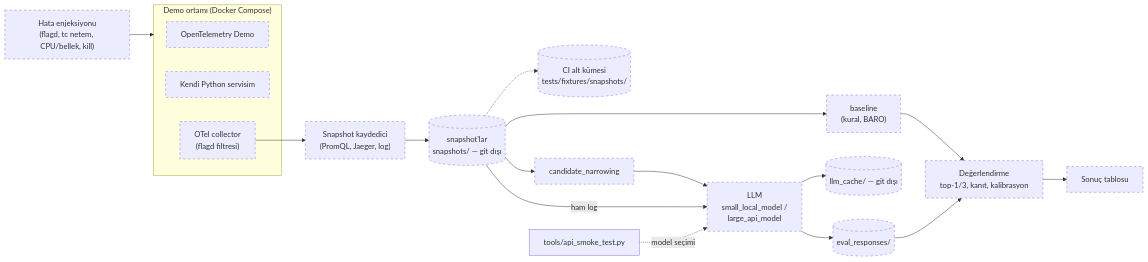
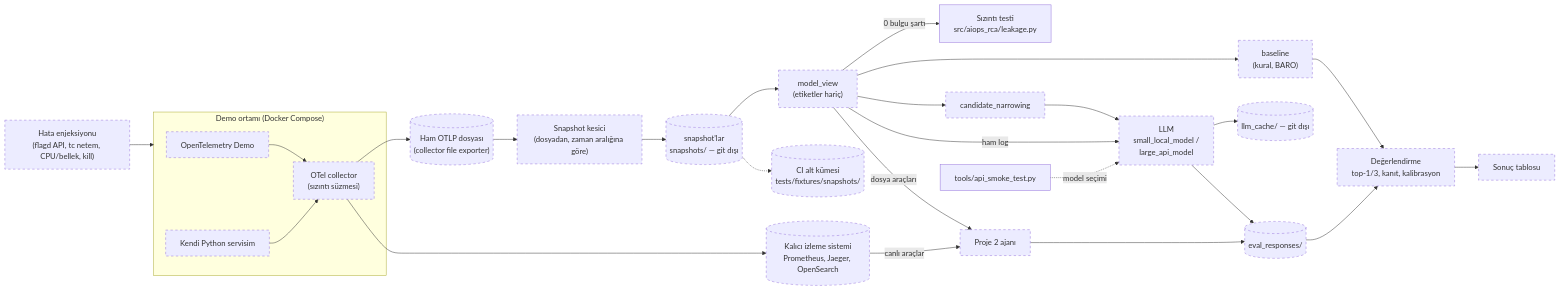
The diagram in docs/ARCHITECTURE.md (erenbezek/aiops_rca), drawn with Mermaid before and after one commit. The commit also changed other lines of this file and 4 other files, not shown here.

Commit message:
Oturum sonu: ARCHITECTURE yeni veri akışı ve dosyalar, GLOSSARY sızıntı testi adları, DECISIONS (İngilizce çıktı, sızıntı kuralları), PROJECT Şu an, HANDOFF kaydı

````diff
--- a/docs/ARCHITECTURE.md
+++ b/docs/ARCHITECTURE.md
@@ -7,39 +8,52 @@
 ```mermaid
 flowchart LR
     subgraph ortam["Demo ortamı (Docker Compose)"]
         otel["OpenTelemetry Demo"]
         own["Kendi Python servisim"]
-        col["OTel collector<br/>(flagd filtresi)"]
+        col["OTel collector<br/>(sızıntı süzmesi)"]
     end
 
-    inj["Hata enjeksiyonu<br/>(flagd, tc netem, CPU/bellek, kill)"]
-    rec["Snapshot kaydedici<br/>(PromQL, Jaeger, log)"]
+    inj["Hata enjeksiyonu<br/>(flagd API, tc netem, CPU/bellek, kill)"]
+    raw[("Ham OTLP dosyası<br/>(collector file exporter)")]
+    mon[("Kalıcı izleme sistemi<br/>Prometheus, Jaeger, OpenSearch")]
+    cut["Snapshot kesici<br/>(dosyadan, zaman aralığına göre)"]
     snap[("snapshot'lar<br/>snapshots/ — git dışı")]
     fix[("CI alt kümesi<br/>tests/fixtures/snapshots/")]
+    view["model_view<br/>(etiketler hariç)"]
+    leak["Sızıntı testi<br/>src/aiops_rca/leakage.py"]
 
     base["baseline<br/>(kural, BARO)"]
     nar["candidate_narrowing"]
     llm["LLM<br/>small_local_model /<br/>large_api_model"]
+    agent["Proje 2 ajanı"]
     cache[("llm_cache/ — git dışı")]
     evr[("eval_responses/")]
     ev["Değerlendirme<br/>top-1/3, kanıt, kalibrasyon"]
     tab["Sonuç tablosu"]
 
     inj --> ortam
-    col --> rec
-    rec --> snap
+    otel --> col
+    own --> col
+    col --> raw
+    col --> mon
+    raw --> cut --> snap
     snap -.-> fix
-    snap --> base
-    snap --> nar --> llm
-    snap -->|ham log| llm
+    snap --> view
+    view -->|"0 bulgu şartı"| leak
+    view --> base
+    view --> nar --> llm
+    view -->|ham log| llm
+    view -->|dosya araçları| agent
+    mon -->|canlı araçlar| agent
     llm --> cache
     llm --> evr
+    agent --> evr
     base --> ev
     evr --> ev
     ev --> tab
 
     smoke["tools/api_smoke_test.py"] -.->|model seçimi| llm
 
     classDef yok stroke-dasharray: 5 5
-    class otel,own,col,inj,rec,snap,fix,base,nar,llm,cache,evr,ev,tab yok
+    class otel,own,col,inj,raw,mon,cut,snap,fix,view,base,nar,llm,agent,cache,evr,ev,tab yok
 ```
````
